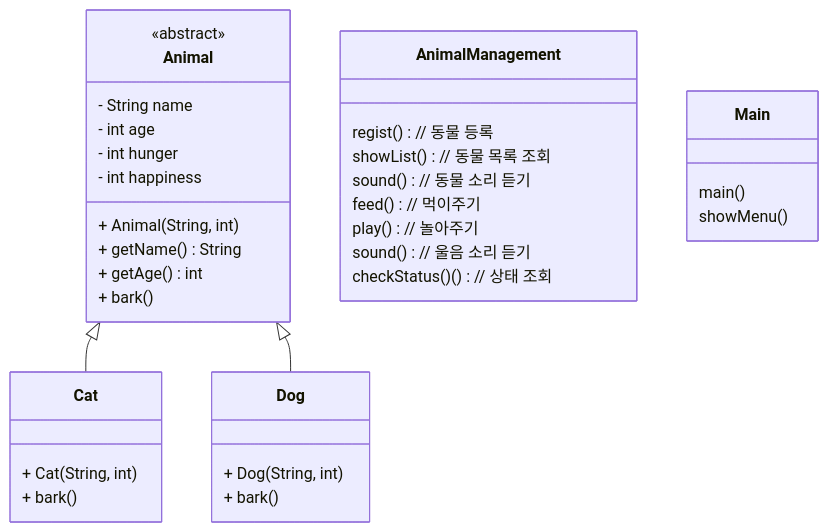
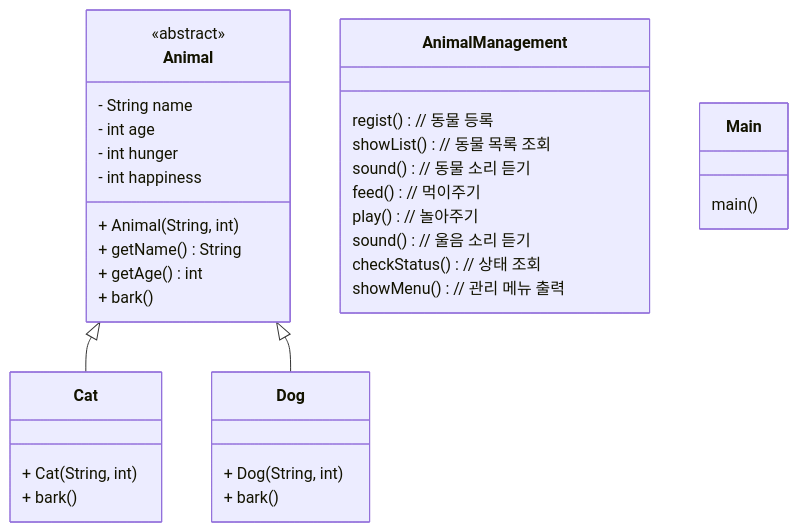
Before and after one commit to foresty110/AnimalManager: the diagram in README.md, drawn with Mermaid.

Commit message:
docs README 업데이트
AnimalManagement 매서드로 showMenu() 이동

````diff
--- a/README.md
+++ b/README.md
@@ -4,43 +4,43 @@
 ```mermaid
 classDiagram
 
 class Animal {
 <<abstract>>
   - String name
   - int age
   - int hunger
   - int happiness
   + Animal(String, int)
   + getName() String
   + getAge() int
   + bark()
 }
 
 class Dog {
   + Dog(String, int)
   + bark()
 }
 
 class Cat {
   + Cat(String, int)
   + bark() 
 }
 
 class AnimalManagement{
   regist() // 동물 등록
   showList() // 동물 목록 조회 
   sound() // 동물 소리 듣기 
   feed() // 먹이주기
   play() // 놀아주기
   sound() // 울음 소리 듣기 
-  checkStatus()() // 상태 조회 
+  checkStatus() // 상태 조회
+  showMenu() // 관리 메뉴 출력
 }
 
 class Main {
 	main()
-	showMenu() 
 }
 
 Animal <|-- Cat
 Animal <|-- Dog
 ```
````
